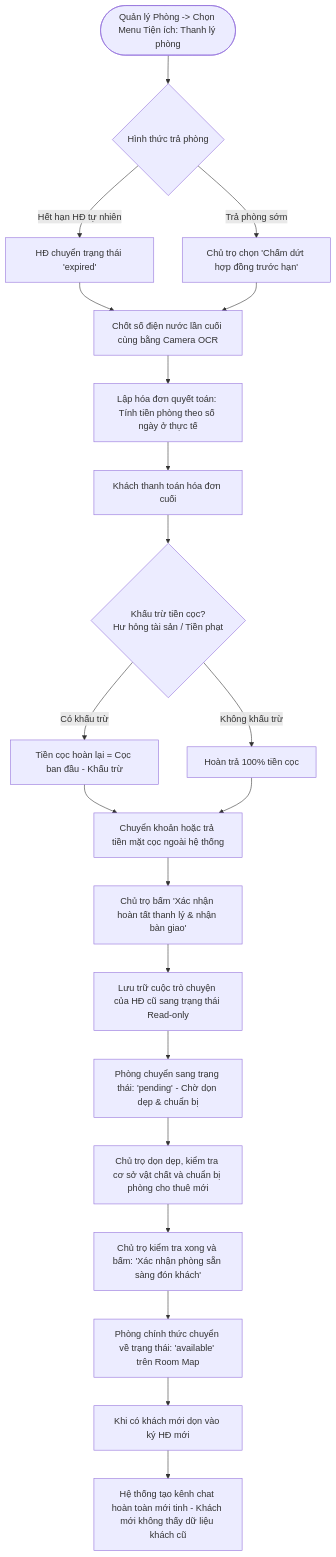
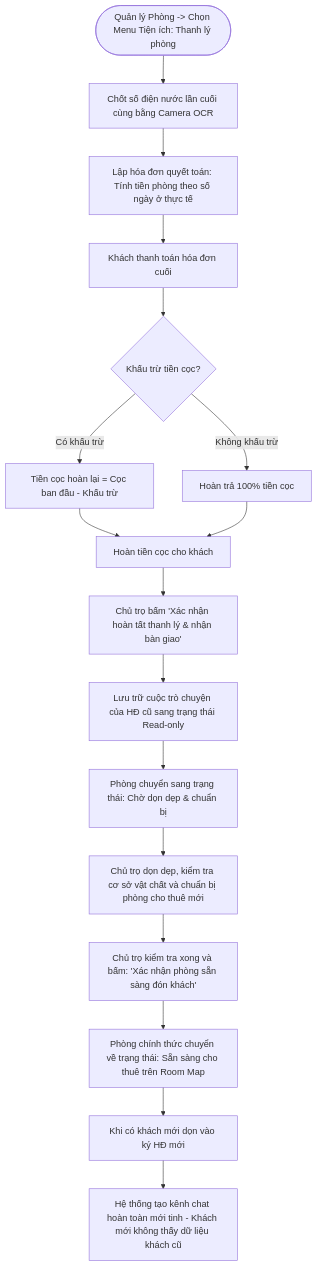
The eighth of 8 diagrams in phase-1/discovery/user_flow/landlord_user_flow.md (pbl6-home-renter/docs), drawn with Mermaid before and after one commit. The commit also changed other lines of this file and 6 other files, not shown here.

````diff
--- a/phase-1/discovery/user_flow/landlord_user_flow.md
+++ b/phase-1/discovery/user_flow/landlord_user_flow.md
@@ -277,32 +257,26 @@
 ```mermaid
 flowchart TD
-    StartCheckout([Quản lý Phòng -> Chọn Menu Tiện ích: Thanh lý phòng]) --> CheckTermReason{Hình thức trả phòng}
-    
-    CheckTermReason -->|Hết hạn HĐ tự nhiên| EndDateReach[HĐ chuyển trạng thái 'expired']
-    CheckTermReason -->|Trả phòng sớm| EarlyTerm[Chủ trọ chọn 'Chấm dứt hợp đồng trước hạn']
-    
-    EndDateReach --> FinalMeter[Chốt số điện nước lần cuối cùng bằng Camera OCR]
-    EarlyTerm --> FinalMeter
+    StartCheckout([Quản lý Phòng -> Chọn Menu Tiện ích: Thanh lý phòng]) --> FinalMeter[Chốt số điện nước lần cuối cùng bằng Camera OCR]
     
     FinalMeter --> FinalInvoice[Lập hóa đơn quyết toán: Tính tiền phòng theo số ngày ở thực tế]
     FinalInvoice --> PayFinalInvoice[Khách thanh toán hóa đơn cuối]
     
-    PayFinalInvoice --> InspectDeposit{Khấu trừ tiền cọc?<br>Hư hỏng tài sản / Tiền phạt}
+    PayFinalInvoice --> InspectDeposit{Khấu trừ tiền cọc?}
     InspectDeposit -->|Có khấu trừ| CalcDeduct[Tiền cọc hoàn lại = Cọc ban đầu - Khấu trừ]
     InspectDeposit -->|Không khấu trừ| FullDeposit[Hoàn trả 100% tiền cọc]
     
-    CalcDeduct --> SettleDepositCash[Chuyển khoản hoặc trả tiền mặt cọc ngoài hệ thống]
-    FullDeposit --> SettleDepositCash
+    CalcDeduct --> SettleDeposit[Hoàn tiền cọc cho khách]
+    FullDeposit --> SettleDeposit
     
-    SettleDepositCash --> ConfirmRelease[Chủ trọ bấm 'Xác nhận hoàn tất thanh lý & nhận bàn giao']
+    SettleDeposit --> ConfirmRelease[Chủ trọ bấm 'Xác nhận hoàn tất thanh lý & nhận bàn giao']
     
-    %% Archive Chat & Trạng thái Pending dọn dẹp phòng
+    %% Lưu trữ & trạng thái phòng
     ConfirmRelease --> ArchiveOldChat[Lưu trữ cuộc trò chuyện của HĐ cũ sang trạng thái Read-only]
-    ArchiveOldChat --> SetRoomPending[Phòng chuyển sang trạng thái: 'pending' - Chờ dọn dẹp & chuẩn bị]
+    ArchiveOldChat --> SetRoomPending[Phòng chuyển sang trạng thái: Chờ dọn dẹp & chuẩn bị]
     SetRoomPending --> CleanAndPrep[Chủ trọ dọn dẹp, kiểm tra cơ sở vật chất và chuẩn bị phòng cho thuê mới]
     CleanAndPrep --> ConfirmReady[Chủ trọ kiểm tra xong và bấm: 'Xác nhận phòng sẵn sàng đón khách']
-    ConfirmReady --> ResetRoomAvail[Phòng chính thức chuyển về trạng thái: 'available' trên Room Map]
+    ConfirmReady --> ResetRoomAvail[Phòng chính thức chuyển về trạng thái: Sẵn sàng cho thuê trên Room Map]
     
     ResetRoomAvail --> NewTenantCheckin[Khi có khách mới dọn vào ký HĐ mới]
     NewTenantCheckin --> InitNewChat[Hệ thống tạo kênh chat hoàn toàn mới tinh - Khách mới không thấy dữ liệu khách cũ]
 ```
````
